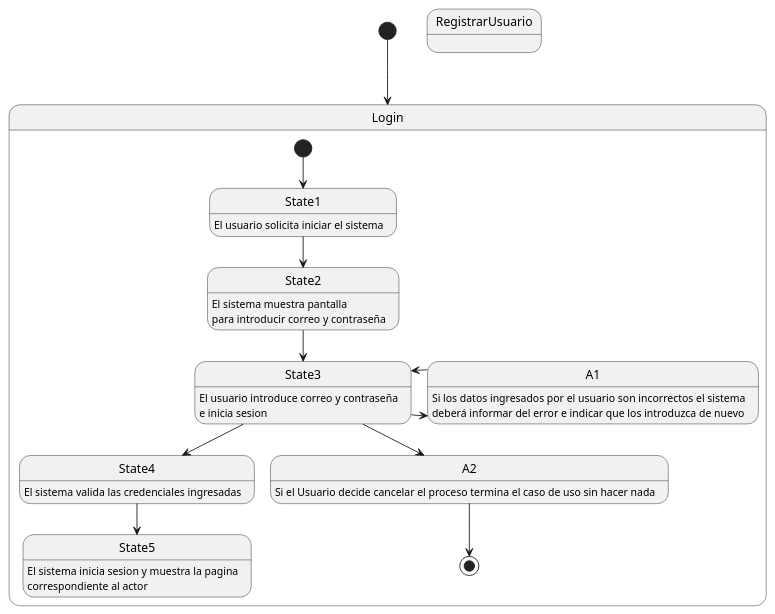
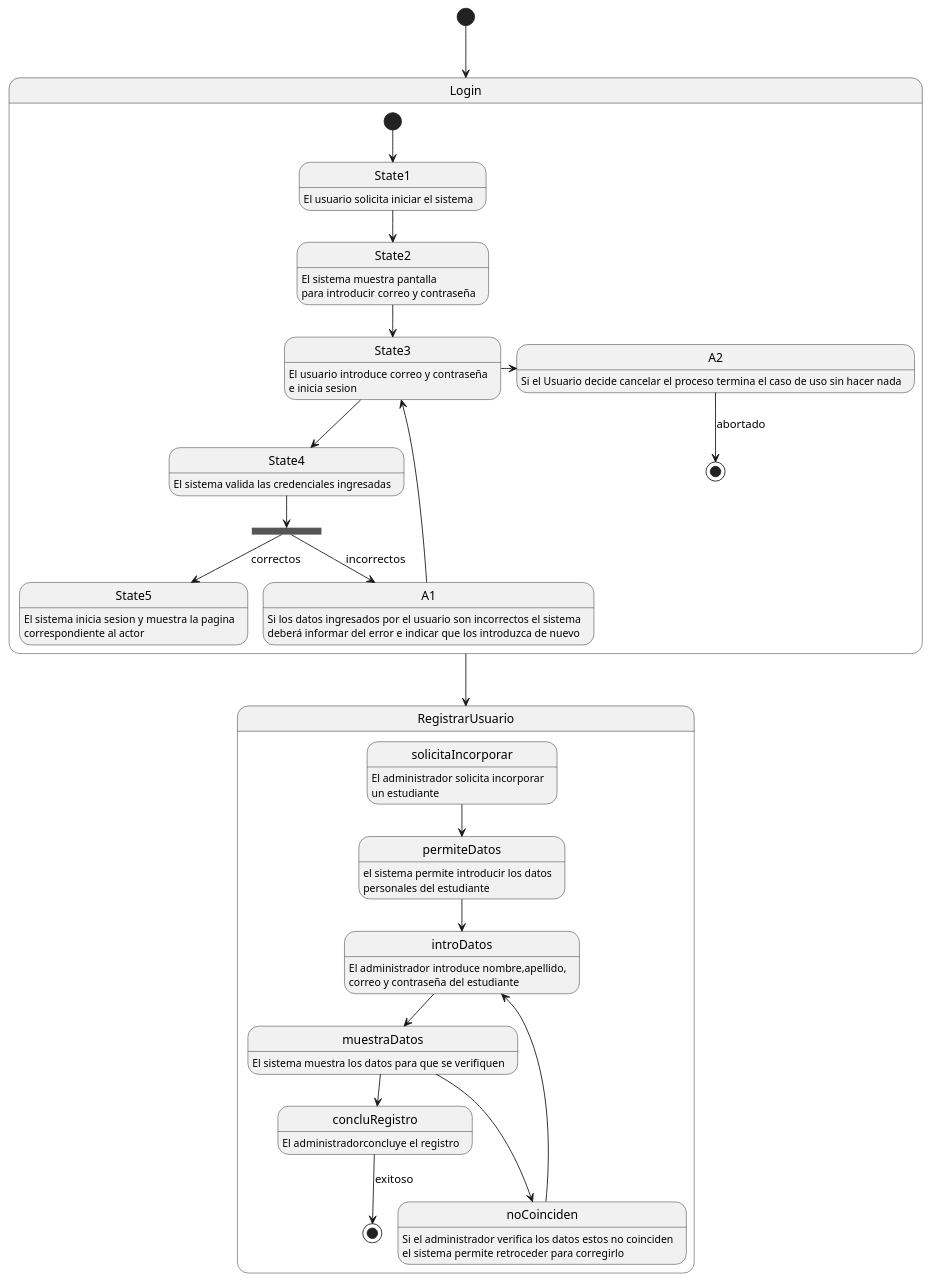
Before and after one commit to febres35/EdTech_IS: the diagram in docs/scenariosView/diagramaEstado.plantuml, drawn with PlantUML.

Commit message:
modificacion en login y avance en Registrarusuario

```diff
--- a/docs/scenariosView/diagramaEstado.plantuml
+++ b/docs/scenariosView/diagramaEstado.plantuml
@@ -1,27 +1,48 @@
 @startuml
 [*]-->Login
 state Login{
     [*]-->State1
     State1:El usuario solicita iniciar el sistema
     State1-->State2
     State2:El sistema muestra pantalla
     State2:para introducir correo y contraseña
     State2-->State3
     State3:El usuario introduce correo y contraseña
     State3:e inicia sesion
     State3-->State4
     State4:El sistema valida las credenciales ingresadas
-    State4-->State5
     State5:El sistema inicia sesion y muestra la pagina
     State5:correspondiente al actor
-    State3->A1
     A1:Si los datos ingresados por el usuario son incorrectos el sistema
     A1:deberá informar del error e indicar que los introduzca de nuevo
-    A1->State3
-    State3-->A2
-    A2-->[*]
+    state validacion<<fork>>
+    State4-->validacion
+    validacion-->State5 :correctos
+    validacion-->A1 :incorrectos
+    A1-->State3
+    State3->A2
+    A2-->[*]:abortado
     A2:Si el Usuario decide cancelar el proceso termina el caso de uso sin hacer nada
 }
+
 state RegistrarUsuario{
+    solicitaIncorporar:El administrador solicita incorporar
+    solicitaIncorporar:un estudiante
+    solicitaIncorporar-->permiteDatos
+    permiteDatos:el sistema permite introducir los datos
+    permiteDatos:personales del estudiante
+    introDatos:El administrador introduce nombre,apellido,
+    introDatos:correo y contraseña del estudiante
+    permiteDatos-->introDatos
+    muestraDatos:El sistema muestra los datos para que se verifiquen
+    introDatos-->muestraDatos
+    concluRegistro:El administradorconcluye el registro
+    muestraDatos-->concluRegistro
+    noCoinciden:Si el administrador verifica los datos estos no coinciden
+    noCoinciden:el sistema permite retroceder para corregirlo
+    muestraDatos--->noCoinciden
+    noCoinciden-->introDatos
+    concluRegistro-->[*]:exitoso
 }
+Login-->RegistrarUsuario
 @enduml
```
